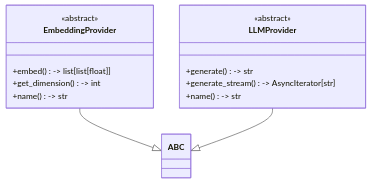
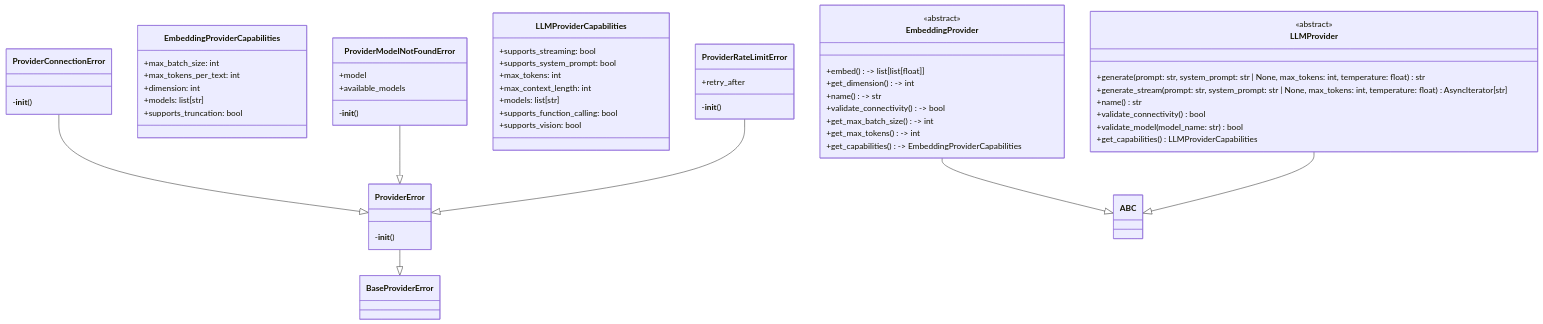
The first of 2 diagrams in .deepwiki/files/src/local_deepwiki/providers/base.md (UrbanDiver/local-deepwiki-mcp), drawn with Mermaid before and after one commit. The commit also changed other lines of this file and 65 other files, not shown here.

````diff
--- a/.deepwiki/files/src/local_deepwiki/providers/base.md
+++ b/.deepwiki/files/src/local_deepwiki/providers/base.md
@@ -858,17 +2137,59 @@
 ```mermaid
 classDiagram
     class EmbeddingProvider {
         <<abstract>>
         +embed() -> list[list[float]]
         +get_dimension() -> int
         +name() -> str
+        +validate_connectivity() -> bool
+        +get_max_batch_size() -> int
+        +get_max_tokens() -> int
+        +get_capabilities() -> EmbeddingProviderCapabilities
+    }
+    class EmbeddingProviderCapabilities {
+        +max_batch_size: int
+        +max_tokens_per_text: int
+        +dimension: int
+        +models: list[str]
+        +supports_truncation: bool
     }
     class LLMProvider {
         <<abstract>>
-        +generate() -> str
-        +generate_stream() -> AsyncIterator[str]
-        +name() -> str
+        +generate(prompt: str, system_prompt: str | None, max_tokens: int, temperature: float) str
+        +generate_stream(prompt: str, system_prompt: str | None, max_tokens: int, temperature: float) AsyncIterator[str]
+        +name() str
+        +validate_connectivity() bool
+        +validate_model(model_name: str) bool
+        +get_capabilities() LLMProviderCapabilities
+    }
+    class LLMProviderCapabilities {
+        +supports_streaming: bool
+        +supports_system_prompt: bool
+        +max_tokens: int
+        +max_context_length: int
+        +models: list[str]
+        +supports_function_calling: bool
+        +supports_vision: bool
+    }
+    class ProviderConnectionError {
+        -__init__()
+    }
+    class ProviderError {
+        -__init__()
+    }
+    class ProviderModelNotFoundError {
+        +model
+        +available_models
+        -__init__()
+    }
+    class ProviderRateLimitError {
+        +retry_after
+        -__init__()
     }
     EmbeddingProvider --|> ABC
     LLMProvider --|> ABC
+    ProviderConnectionError --|> ProviderError
+    ProviderError --|> BaseProviderError
+    ProviderModelNotFoundError --|> ProviderError
+    ProviderRateLimitError --|> ProviderError
 ```
````
